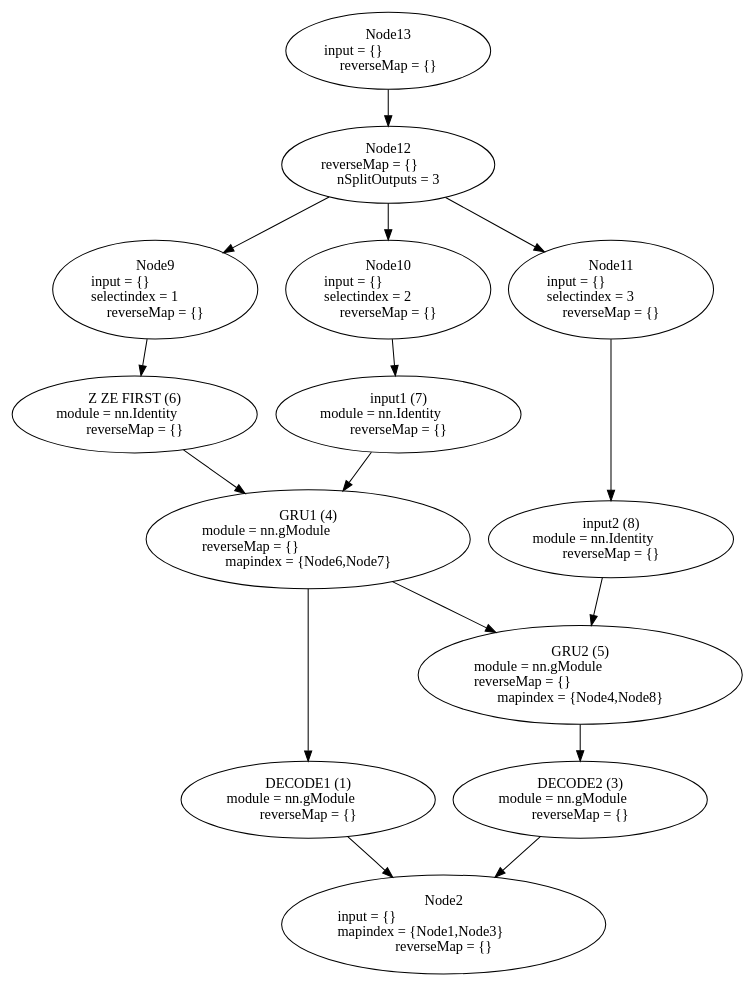
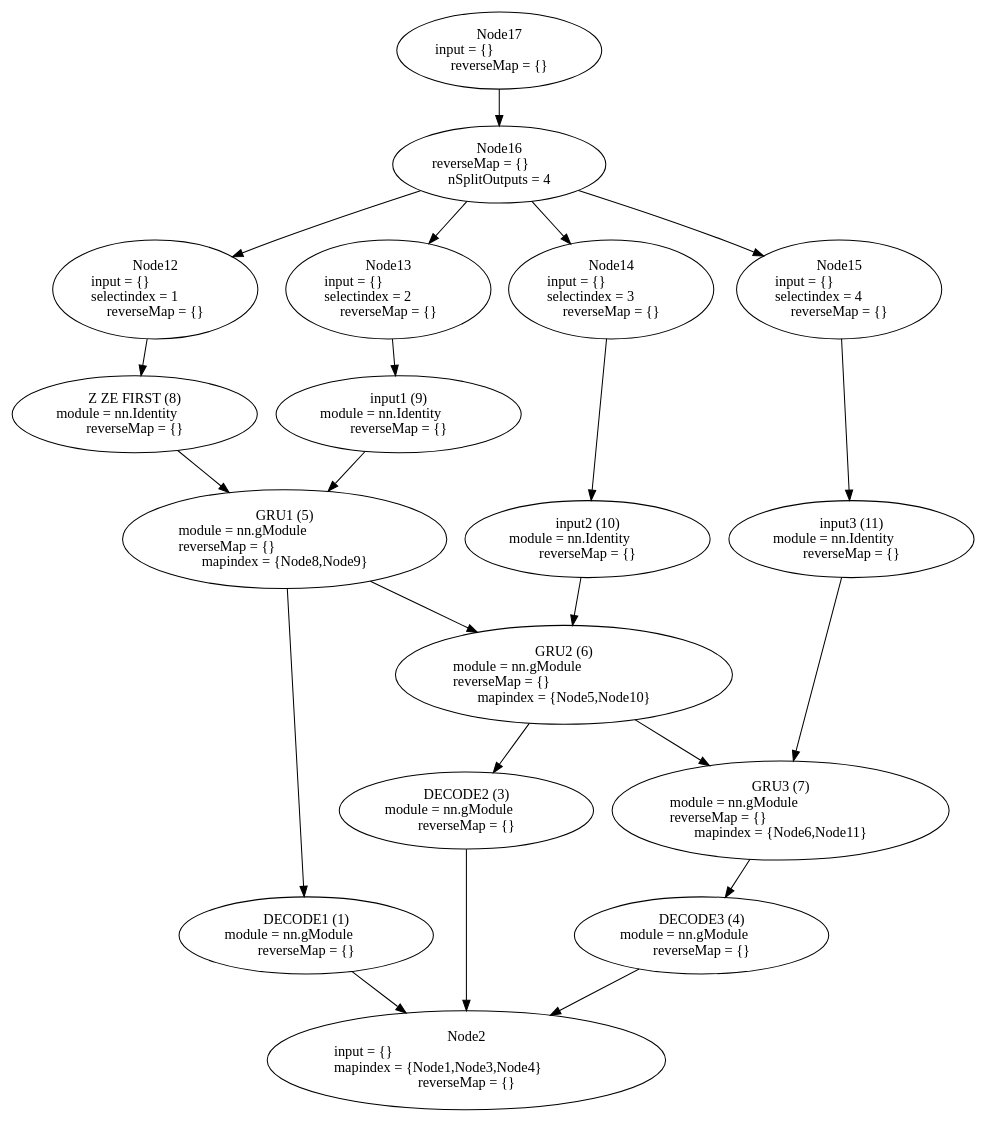
Before and after one commit to Mathieu-Seurin/as-td: the diagram in TD6/miniRNN.dot, drawn with Graphviz. The commit also changed 10 other files, not shown here.

```diff
--- a/TD6/miniRNN.dot
+++ b/TD6/miniRNN.dot
@@ -1,86 +1,112 @@
 digraph G {
-	graph [bb="0,0,570.5,936.48"];
+	graph [bb="0,0,753.09,1089.9"];
 	node [label="\N",
 		shape=oval
 	];
 	n1	 [height=1.041,
 		label="DECODE1 (1)\nmodule = nn.gModule\lreverseMap = {}",
-		pos="230.05,169.64",
+		pos="232.05,169.64",
 		tooltip="[./creationRNN.lua]:59_",
 		width=2.7499];
 	n2	 [height=1.3356,
-		label="Node2\ninput = {}\lmapindex = {Node1,Node3}\lreverseMap = {}",
-		pos="338.05,48.083",
+		label="Node2\ninput = {}\lmapindex = {Node1,Node3,Node4}\lreverseMap = {}",
+		pos="369.05,48.083",
 		tooltip="[[C]]:-1_",
-		width=3.457];
-	n1 -> n2	 [pos="e,297.62,93.839 261.28,134.06 270.5,123.86 280.79,112.47 290.77,101.42"];
+		width=4.223];
+	n1 -> n2	 [pos="e,318.02,93.612 270.57,135.02 282.88,124.28 296.79,112.14 310.2,100.44"];
 	n3	 [height=1.041,
 		label="DECODE2 (3)\nmodule = nn.gModule\lreverseMap = {}",
-		pos="446.05,169.64",
+		pos="369.05,291.2",
 		tooltip="[./creationRNN.lua]:59_",
 		width=2.7499];
-	n3 -> n2	 [pos="e,378.47,93.839 414.81,134.06 405.59,123.86 395.3,112.47 385.32,101.42"];
-	n4	 [height=1.3356,
-		label="GRU1 (4)\nmodule = nn.gModule\lreverseMap = {}\lmapindex = {Node6,Node7}",
-		pos="230.05,423.37",
+	n3 -> n2	 [pos="e,369.05,96.435 369.05,253.58 369.05,214.51 369.05,152.09 369.05,106.48"];
+	n4	 [height=1.041,
+		label="DECODE3 (4)\nmodule = nn.gModule\lreverseMap = {}",
+		pos="555.05,169.64",
+		tooltip="[./creationRNN.lua]:59_",
+		width=2.7499];
+	n4 -> n2	 [pos="e,435.1,91.544 505.69,136.92 486.68,124.7 464.52,110.45 443.64,97.035"];
+	n5	 [height=1.3356,
+		label="GRU1 (5)\nmodule = nn.gModule\lreverseMap = {}\lmapindex = {Node8,Node9}",
+		pos="217.05,555.54",
 		tooltip="[./creationRNN.lua]:58_",
 		width=3.457];
-	n4 -> n1	 [pos="e,230.05,207.17 230.05,375.02 230.05,329.83 230.05,262.17 230.05,217.23"];
-	n5	 [height=1.3356,
-		label="GRU2 (5)\nmodule = nn.gModule\lreverseMap = {}\lmapindex = {Node4,Node8}",
-		pos="446.05,291.2",
+	n5 -> n1	 [pos="e,230.62,207.13 218.9,507.08 221.79,433.08 227.34,291.09 230.22,217.48"];
+	n6	 [height=1.3356,
+		label="GRU2 (6)\nmodule = nn.gModule\lreverseMap = {}\lmapindex = {Node5,Node10}",
+		pos="448.05,423.37",
 		tooltip="[./creationRNN.lua]:58_",
-		width=3.457];
-	n4 -> n5	 [pos="e,379.9,332.07 296.32,382.43 319.96,368.19 346.74,352.05 371.06,337.39"];
-	n5 -> n3	 [pos="e,446.05,207.23 446.05,242.95 446.05,234.5 446.05,225.71 446.05,217.28"];
-	n6	 [height=1.041,
-		label="Z ZE FIRST (6)\nmodule = nn.Identity\lreverseMap = {}",
-		pos="94.045,544.93",
+		width=3.5748];
+	n5 -> n6	 [pos="e,377.99,463.85 286.35,515.48 312.38,500.81 342.16,484.04 369.01,468.91"];
+	n6 -> n3	 [pos="e,390.82,328.08 419.97,376.11 412.19,363.29 403.76,349.4 396.04,336.68"];
+	n7	 [height=1.3356,
+		label="GRU3 (7)\nmodule = nn.gModule\lreverseMap = {}\lmapindex = {Node6,Node11}",
+		pos="615.05,291.2",
+		tooltip="[./creationRNN.lua]:58_",
+		width=3.5748];
+	n6 -> n7	 [pos="e,560.24,334.92 502.73,379.75 518.59,367.39 536.03,353.79 552.34,341.08"];
+	n7 -> n4	 [pos="e,573.05,206.53 591.68,243.64 587.04,234.39 582.17,224.7 577.56,215.52"];
+	n8	 [height=1.041,
+		label="Z ZE FIRST (8)\nmodule = nn.Identity\lreverseMap = {}",
+		pos="94.045,687.7",
 		tooltip="[./creationRNN.lua]:53_",
 		width=2.6124];
-	n6 -> n4	 [pos="e,180.91,467.57 131.93,510.63 144.73,499.37 159.31,486.55 173.25,474.3"];
-	n7	 [height=1.041,
-		label="input1 (7)\nmodule = nn.Identity\lreverseMap = {}",
-		pos="300.05,544.93",
+	n8 -> n5	 [pos="e,174.76,601.29 126.36,652.5 138.97,639.16 153.71,623.57 167.59,608.87"];
+	n9	 [height=1.041,
+		label="input1 (9)\nmodule = nn.Identity\lreverseMap = {}",
+		pos="300.05,687.7",
 		tooltip="[./creationRNN.lua]:57_",
 		width=2.6124];
-	n7 -> n4	 [pos="e,257.14,470.65 279.23,508.38 273.93,499.32 268.09,489.36 262.36,479.56"];
-	n8	 [height=1.041,
-		label="input2 (8)\nmodule = nn.Identity\lreverseMap = {}",
-		pos="466.05,423.37",
+	n9 -> n5	 [pos="e,246.25,602.34 277.37,651.13 269.49,638.78 260.47,624.64 251.84,611.11"];
+	n10	 [height=1.041,
+		label="input2 (10)\nmodule = nn.Identity\lreverseMap = {}",
+		pos="453.05,555.54",
 		tooltip="[./creationRNN.lua]:57_",
 		width=2.6124];
-	n8 -> n5	 [pos="e,453.27,339.24 460.42,385.76 458.69,374.49 456.74,361.78 454.84,349.46"];
-	n9	 [height=1.3356,
-		label="Node9\ninput = {}\lselectindex = 1\lreverseMap = {}",
-		pos="102.05,666.49",
+	n10 -> n6	 [pos="e,449.87,471.89 451.64,517.93 451.21,506.77 450.73,494.22 450.26,482.01"];
+	n11	 [height=1.041,
+		label="input3 (11)\nmodule = nn.Identity\lreverseMap = {}",
+		pos="659.05,555.54",
+		tooltip="[./creationRNN.lua]:57_",
+		width=2.6124];
+	n11 -> n7	 [pos="e,622.97,339.45 652.93,518.06 645.6,474.37 633.24,400.68 624.64,349.4"];
+	n12	 [height=1.3356,
+		label="Node12\ninput = {}\lselectindex = 1\lreverseMap = {}",
+		pos="102.05,819.87",
 		tooltip="[[C]]:-1_-1",
 		width=2.1606];
-	n9 -> n6	 [pos="e,96.493,582.52 98.883,618.24 98.318,609.79 97.73,601 97.166,592.57"];
-	n10	 [height=1.3356,
-		label="Node10\ninput = {}\lselectindex = 2\lreverseMap = {}",
-		pos="292.05,666.49",
+	n12 -> n8	 [pos="e,96.289,725.21 99.134,771.51 98.409,759.7 97.631,747.05 96.908,735.28"];
+	n13	 [height=1.3356,
+		label="Node13\ninput = {}\lselectindex = 2\lreverseMap = {}",
+		pos="292.05,819.87",
 		tooltip="[[C]]:-1_-2",
 		width=2.1606];
-	n10 -> n7	 [pos="e,297.6,582.52 295.21,618.24 295.77,609.79 296.36,601 296.92,592.57"];
-	n11	 [height=1.3356,
-		label="Node11\ninput = {}\lselectindex = 3\lreverseMap = {}",
-		pos="466.05,666.49",
+	n13 -> n9	 [pos="e,297.8,725.21 294.96,771.51 295.68,759.7 296.46,747.05 297.18,735.28"];
+	n14	 [height=1.3356,
+		label="Node14\ninput = {}\lselectindex = 3\lreverseMap = {}",
+		pos="466.05,819.87",
 		tooltip="[[C]]:-1_-3",
 		width=2.1606];
-	n11 -> n8	 [pos="e,466.05,460.98 466.05,618.14 466.05,575.57 466.05,513.39 466.05,471.03"];
-	n12	 [height=1.041,
-		label="Node12\nreverseMap = {}\lnSplitOutputs = 3",
-		pos="292.05,788.05",
+	n14 -> n10	 [pos="e,454.86,593.21 463.71,771.67 461.34,723.98 457.71,650.74 455.36,603.24"];
+	n15	 [height=1.3356,
+		label="Node15\ninput = {}\lselectindex = 4\lreverseMap = {}",
+		pos="634.05,687.7",
+		tooltip="[[C]]:-1_-4",
+		width=2.1606];
+	n15 -> n11	 [pos="e,651.99,593.25 643.07,639.71 645.34,627.88 647.78,615.19 650.05,603.37"];
+	n16	 [height=1.041,
+		label="Node16\nreverseMap = {}\lnSplitOutputs = 4",
+		pos="379.05,941.43",
 		tooltip="[[C]]:-1_ split at [.../mathieu/torch/install/share/lua/5.1/nngraph/gmodule.lua]:96-mnode",
 		width=2.2392];
-	n12 -> n9	 [pos="e,155.86,701.35 245.08,757.5 220.79,742.21 190.82,723.35 164.6,706.85"];
-	n12 -> n10	 [pos="e,292.05,714.82 292.05,750.53 292.05,742.43 292.05,733.66 292.05,724.96"];
-	n12 -> n11	 [pos="e,414.67,702.79 336.4,756.57 357.66,741.97 383.42,724.26 406.36,708.5"];
-	n13	 [height=1.041,
-		label="Node13\ninput = {}\lreverseMap = {}",
-		pos="292.05,899",
+	n16 -> n12	 [pos="e,163.71,849.47 319.24,916.11 285.57,902.27 242.83,884.45 205.05,867.95 194.66,863.42 183.74,858.54 173.04,853.7"];
+	n16 -> n13	 [pos="e,323.5,864.1 353.65,905.53 346.06,895.1 337.58,883.44 329.39,872.19"];
+	n16 -> n14	 [pos="e,434.59,864.1 404.44,905.53 412.03,895.1 420.51,883.44 428.7,872.19"];
+	n16 -> n15	 [pos="e,623.24,735.52 450.77,923.82 485.21,912.79 524.99,895.19 553.05,867.95 587.38,834.62 608.4,784.08 620.39,745.15"];
+	n17	 [height=1.041,
+		label="Node17\ninput = {}\lreverseMap = {}",
+		pos="379.05,1052.4",
 		tooltip="[[C]]:-1_",
 		width=2.1606];
-	n13 -> n12	 [pos="e,292.05,825.72 292.05,861.42 292.05,853.24 292.05,844.47 292.05,835.94"];
+	n17 -> n16	 [pos="e,379.05,979.1 379.05,1014.8 379.05,1006.6 379.05,997.85 379.05,989.32"];
 }
```
